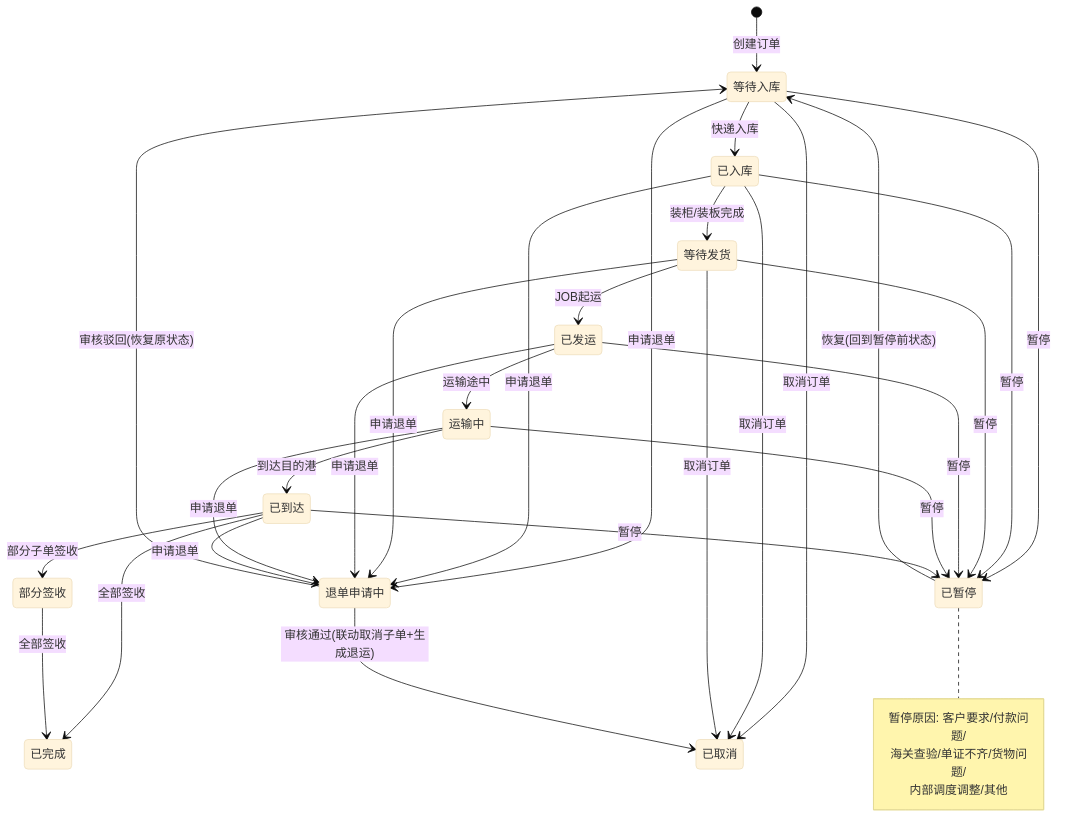
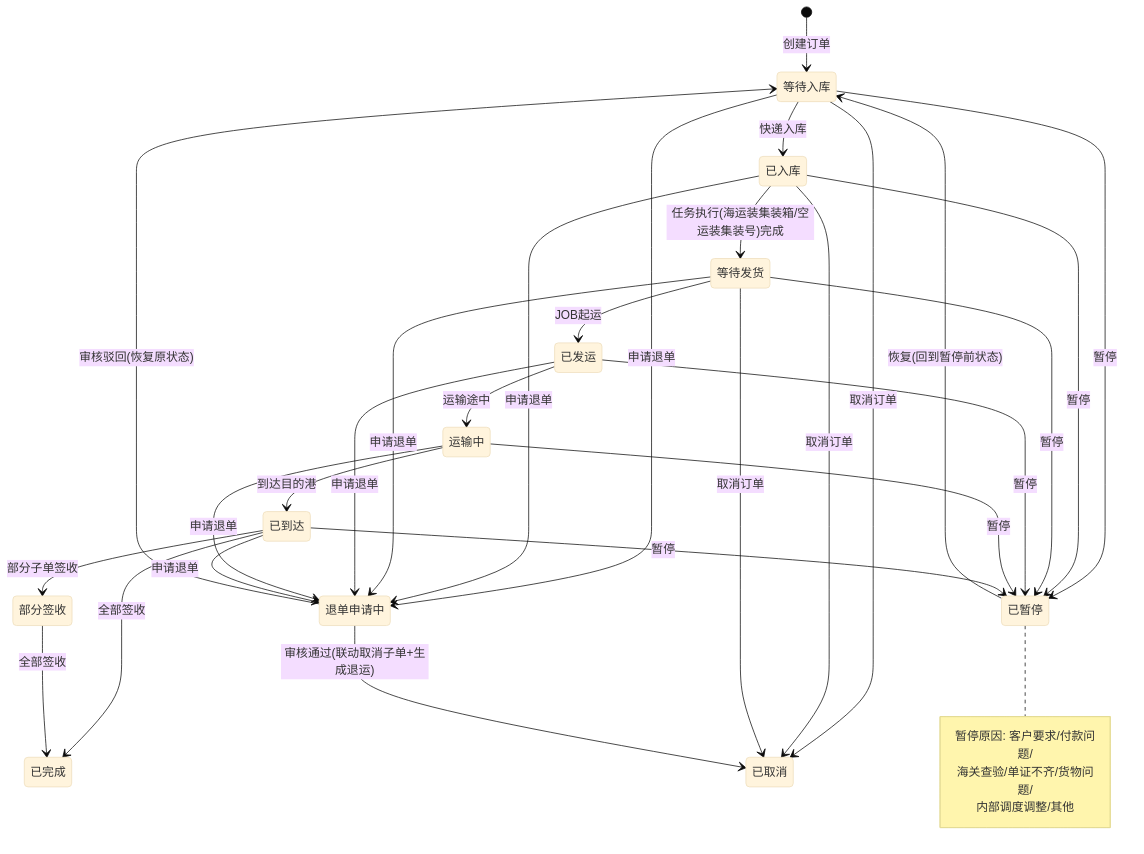
One commit to Yitiaoyu686/logistics-app changed diagram 13 of 27 in .kiro/specs/full-system-requirements/modules/00-系统总体需求规格说明书-20260408.md. Above: the diagram before and after it, drawn with Mermaid (base theme). The commit also changed other lines of this file and 3 other files, not shown here.

````diff
--- a/.kiro/specs/full-system-requirements/modules/00-系统总体需求规格说明书-20260408.md
+++ b/.kiro/specs/full-system-requirements/modules/00-系统总体需求规格说明书-20260408.md
@@ -618,39 +618,39 @@
 ```mermaid
 stateDiagram-v2
     [*] --> 等待入库: 创建订单
     等待入库 --> 已入库: 快递入库
-    已入库 --> 等待发货: 装柜/装板完成
+    已入库 --> 等待发货: 任务执行(海运装集装箱/空运装集装号)完成
     等待发货 --> 已发运: JOB起运
     已发运 --> 运输中: 运输途中
     运输中 --> 已到达: 到达目的港
     已到达 --> 部分签收: 部分子单签收
     已到达 --> 已完成: 全部签收
     部分签收 --> 已完成: 全部签收
 
     等待入库 --> 已取消: 取消订单
     已入库 --> 已取消: 取消订单
     等待发货 --> 已取消: 取消订单
 
     等待入库 --> 退单申请中: 申请退单
     已入库 --> 退单申请中: 申请退单
     等待发货 --> 退单申请中: 申请退单
     已发运 --> 退单申请中: 申请退单
     运输中 --> 退单申请中: 申请退单
     已到达 --> 退单申请中: 申请退单
     退单申请中 --> 已取消: 审核通过(联动取消子单+生成退运)
     退单申请中 --> 等待入库: 审核驳回(恢复原状态)
 
     等待入库 --> 已暂停: 暂停
     已入库 --> 已暂停: 暂停
     等待发货 --> 已暂停: 暂停
     已发运 --> 已暂停: 暂停
     运输中 --> 已暂停: 暂停
     已到达 --> 已暂停: 暂停
     已暂停 --> 等待入库: 恢复(回到暂停前状态)
 
     note right of 已暂停
         暂停原因: 客户要求/付款问题/
         海关查验/单证不齐/货物问题/
         内部调度调整/其他
     end note
 ```
````
